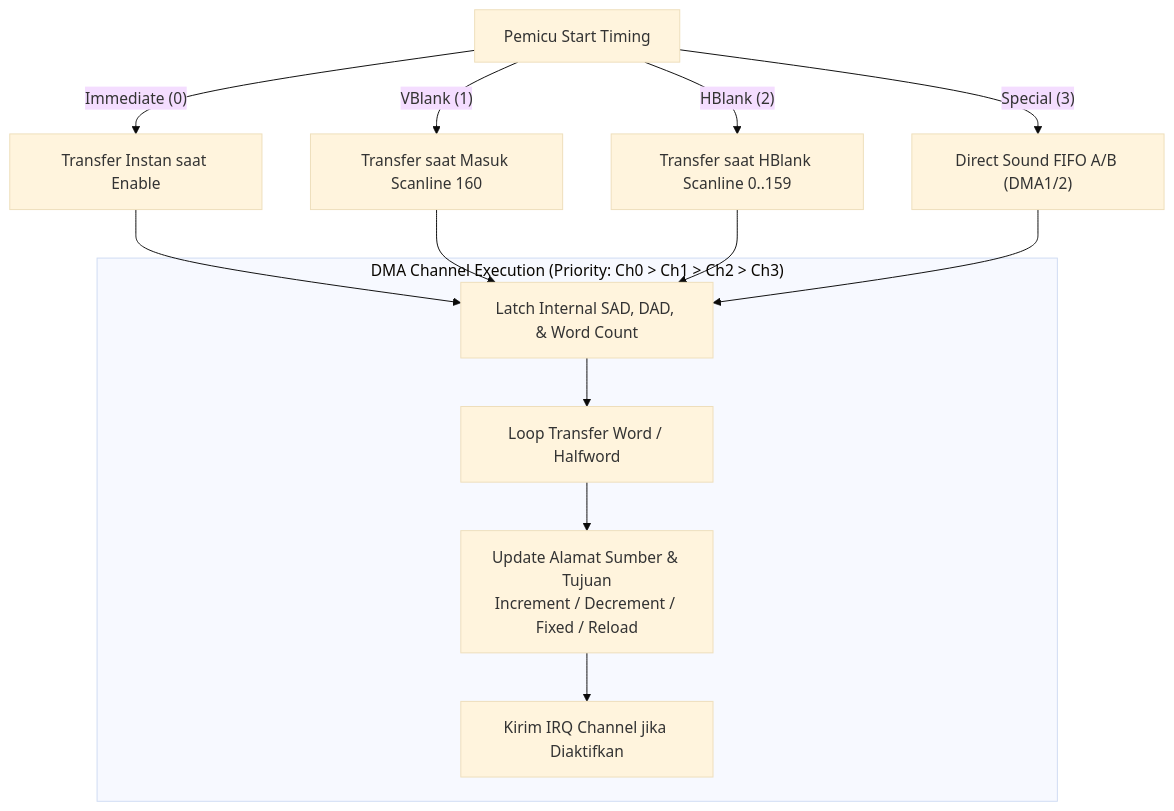
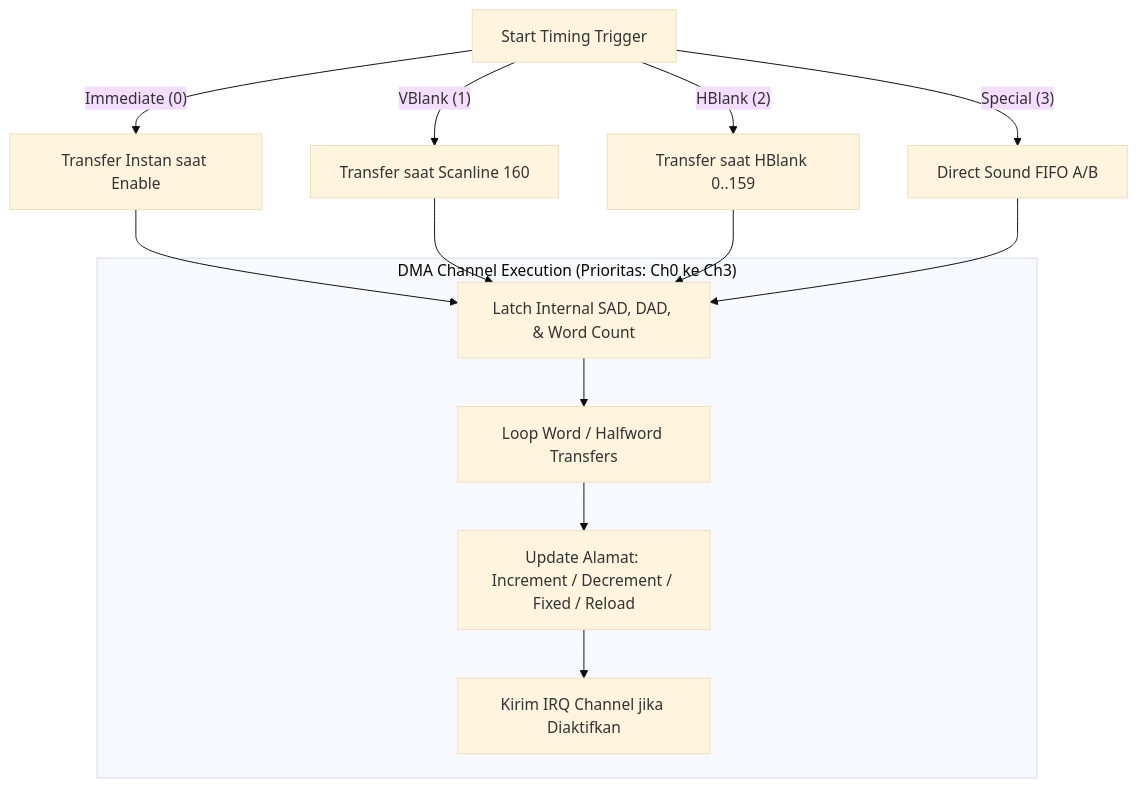
Before and after one commit to Haikal55/OxideAdvance: the fourth of 6 diagrams in README.md, drawn with Mermaid (base theme). The commit also changed other lines of this file, not shown here.

Commit message:
docs: fix Mermaid syntax and math formatting for GitHub rich display

````diff
--- a/README.md
+++ b/README.md
@@ -292,20 +279,20 @@
 ```mermaid
 flowchart TD
-    Trigger["Pemicu Start Timing"] -->|"Immediate (0)"| ImmRun["Transfer Instan saat Enable"]
-    Trigger -->|"VBlank (1)"| VBRun["Transfer saat Masuk Scanline 160"]
-    Trigger -->|"HBlank (2)"| HBRun["Transfer saat HBlank Scanline 0..159"]
-    Trigger -->|"Special (3)"| SpRun["Direct Sound FIFO A/B (DMA1/2)"]
+    Trigger["Start Timing Trigger"] -->|"Immediate (0)"| ImmRun["Transfer Instan saat Enable"]
+    Trigger -->|"VBlank (1)"| VBRun["Transfer saat Scanline 160"]
+    Trigger -->|"HBlank (2)"| HBRun["Transfer saat HBlank 0..159"]
+    Trigger -->|"Special (3)"| SpRun["Direct Sound FIFO A/B"]
 
-    subgraph "DMA Channel Execution (Priority: Ch0 > Ch1 > Ch2 > Ch3)"
+    subgraph EXEC_BLOCK["DMA Channel Execution (Prioritas: Ch0 ke Ch3)"]
         Load["Latch Internal SAD, DAD, & Word Count"]
-        Loop["Loop Transfer Word / Halfword"]
-        AddrCtrl["Update Alamat Sumber & Tujuan<br/>Increment / Decrement / Fixed / Reload"]
+        Loop["Loop Word / Halfword Transfers"]
+        AddrCtrl["Update Alamat: Increment / Decrement / Fixed / Reload"]
         IRQ["Kirim IRQ Channel jika Diaktifkan"]
         Load --> Loop --> AddrCtrl --> IRQ
     end
 
     ImmRun --> Load
     VBRun --> Load
     HBRun --> Load
     SpRun --> Load
 ```
````
